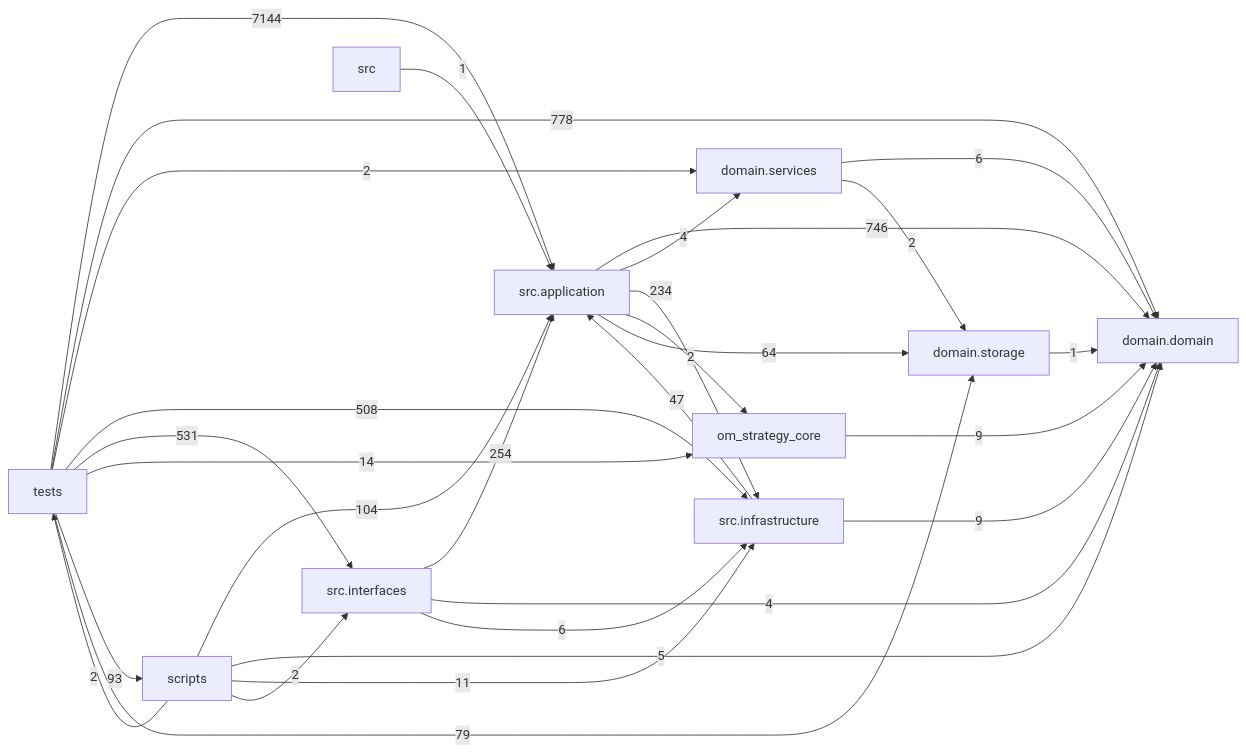
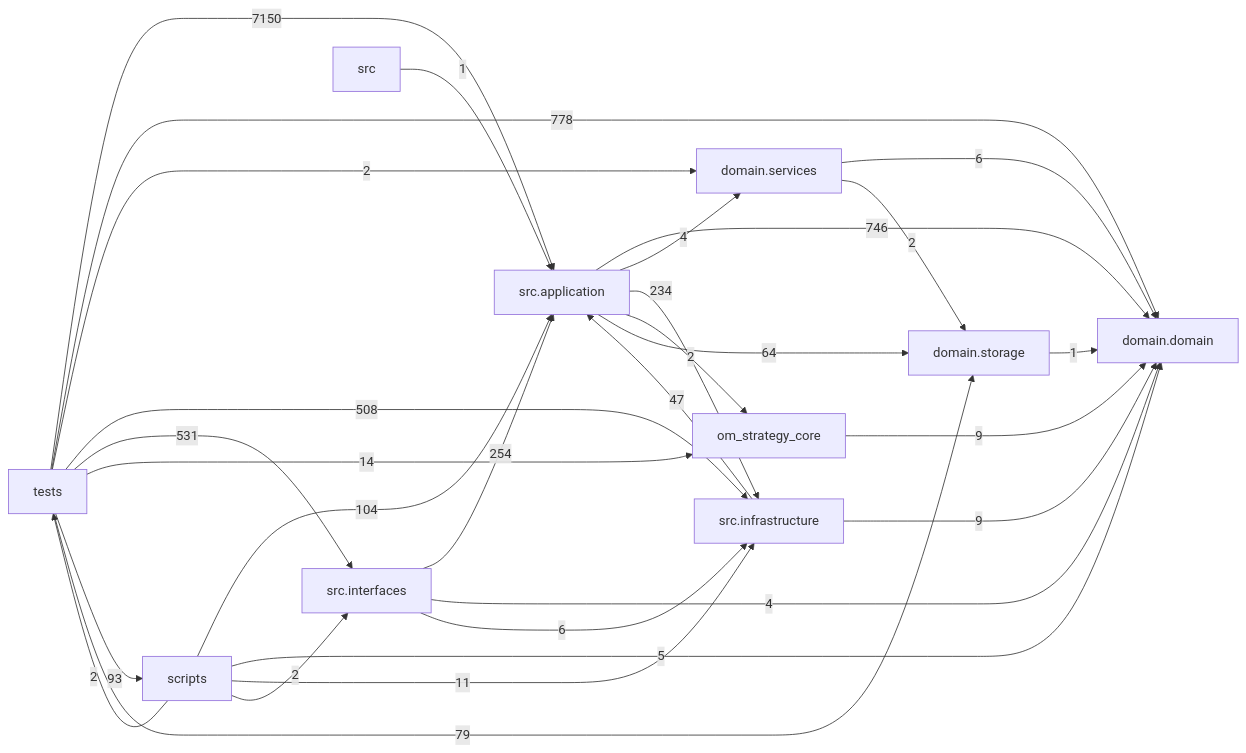
One commit to liuxie066/options-monitor changed the diagram in docs/DEPENDENCY_GRAPH.md. Above: the diagram before and after it, drawn with Mermaid. The commit also changed other lines of this file and 5 other files, not shown here.

````diff
--- a/docs/DEPENDENCY_GRAPH.md
+++ b/docs/DEPENDENCY_GRAPH.md
@@ -24,39 +24,39 @@
 ```mermaid
 flowchart LR
   tests["tests"]
   scripts["scripts"]
   interfaces["src.interfaces"]
   application["src.application"]
   infrastructure["src.infrastructure"]
   domain_services["domain.services"]
   domain["domain.domain"]
   storage["domain.storage"]
   application -->|746| domain
   application -->|4| domain_services
   application -->|234| infrastructure
   application -->|2| om_strategy_core
   application -->|64| storage
   domain_services -->|6| domain
   domain_services -->|2| storage
   infrastructure -->|47| application
   infrastructure -->|9| domain
   interfaces -->|254| application
   interfaces -->|4| domain
   interfaces -->|6| infrastructure
   om_strategy_core -->|9| domain
   scripts -->|104| application
   scripts -->|5| domain
   scripts -->|11| infrastructure
   scripts -->|2| interfaces
   scripts -->|2| tests
   src -->|1| application
   storage -->|1| domain
-  tests -->|7144| application
+  tests -->|7150| application
   tests -->|778| domain
   tests -->|2| domain_services
   tests -->|508| infrastructure
   tests -->|531| interfaces
   tests -->|14| om_strategy_core
   tests -->|93| scripts
   tests -->|79| storage
 ```
````
